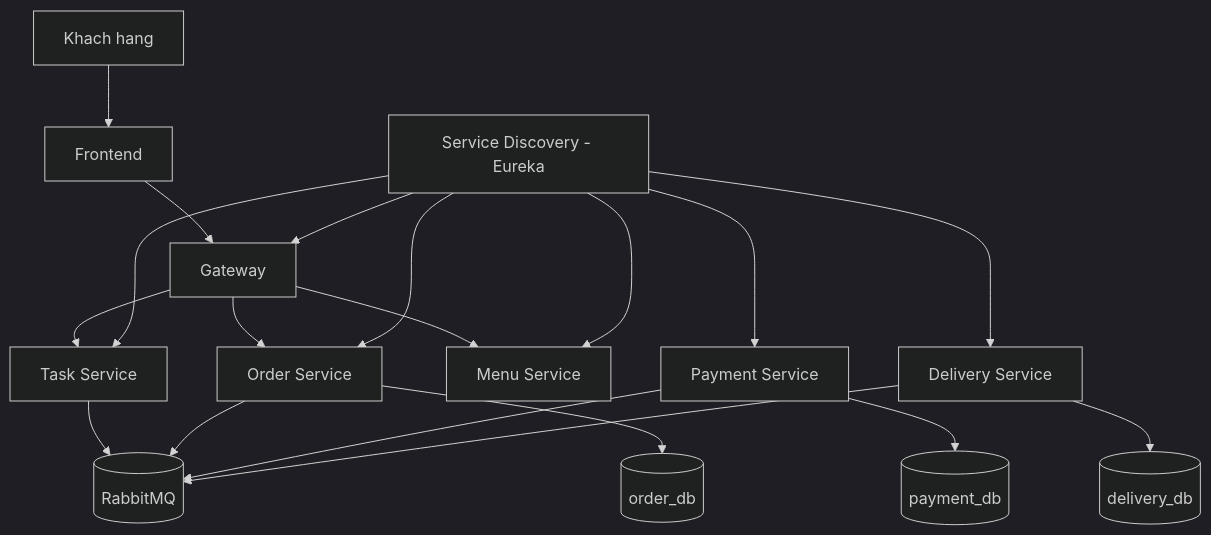
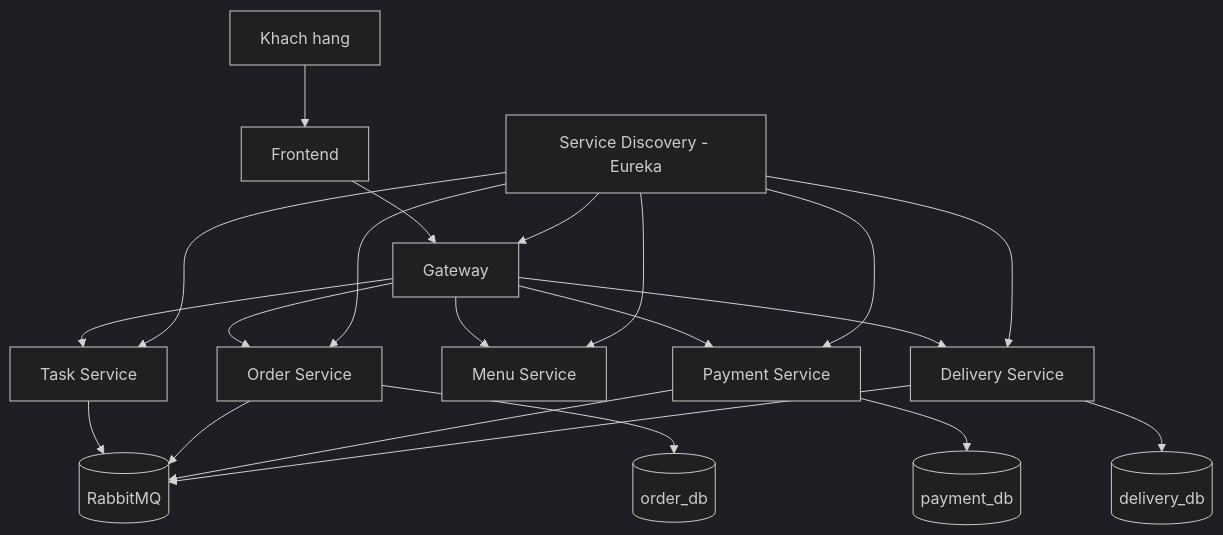
Before and after one commit to Dung1409/SOA: the diagram in architecture.md, drawn with Mermaid (dark theme). The commit also changed other lines of this file and 11 other files, not shown here.

````diff
--- a/architecture.md
+++ b/architecture.md
@@ -85,24 +85,26 @@
 ```mermaid
 graph TD
         U[Khach hang] --> FE[Frontend]
         FE --> GW[Gateway]
         GW --> TS[Task Service]
         GW --> OS[Order Service]
         GW --> MS[Menu Service]
+        GW --> PS[Payment Service]
+        GW --> DS[Delivery Service]
 
         TS --> RB[(RabbitMQ)]
         OS --> RB
-        PS[Payment Service] --> RB
-        DS[Delivery Service] --> RB
+        PS --> RB
+        DS --> RB
 
         OS --> ODB[(order_db)]
         PS --> PDB[(payment_db)]
         DS --> DDB[(delivery_db)]
 
         SD[Service Discovery - Eureka] --> GW
         SD --> TS
         SD --> OS
         SD --> PS
         SD --> DS
         SD --> MS
 ```
````
